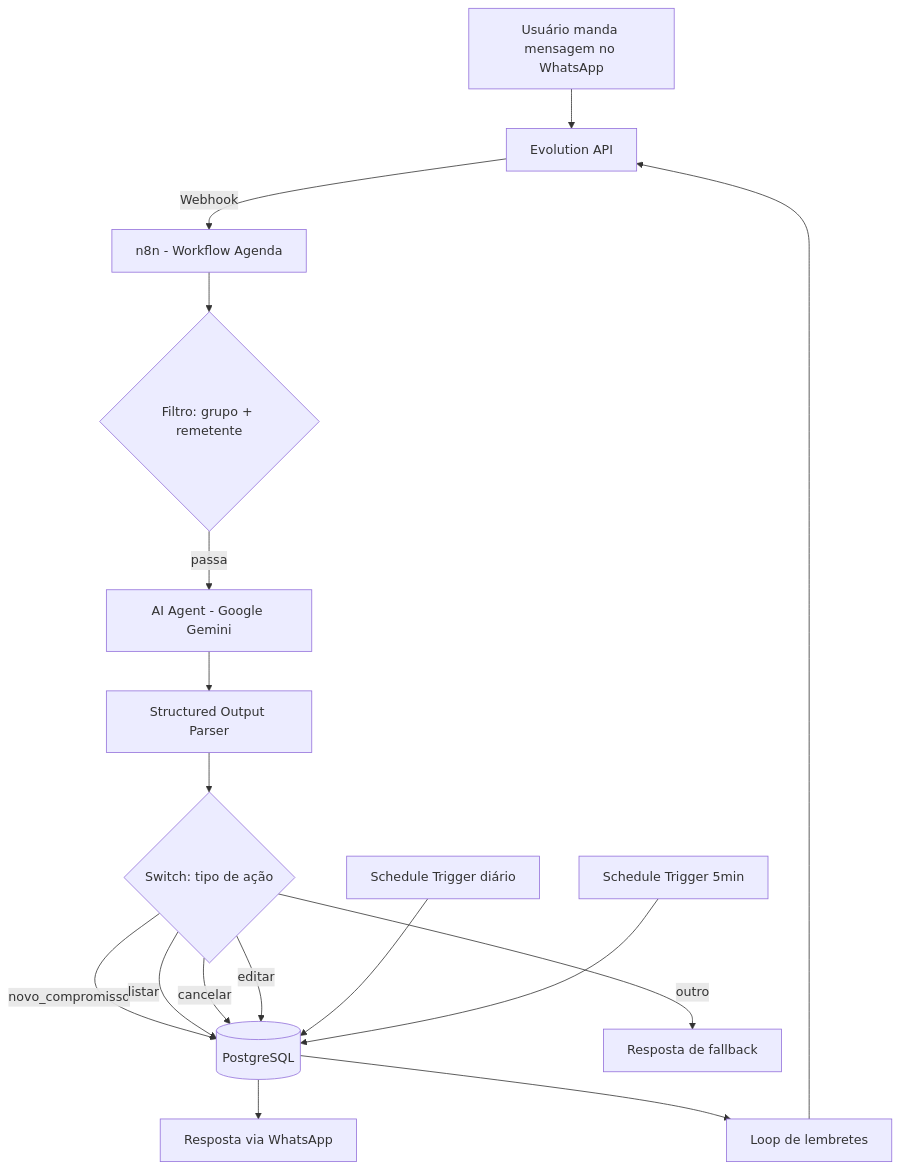
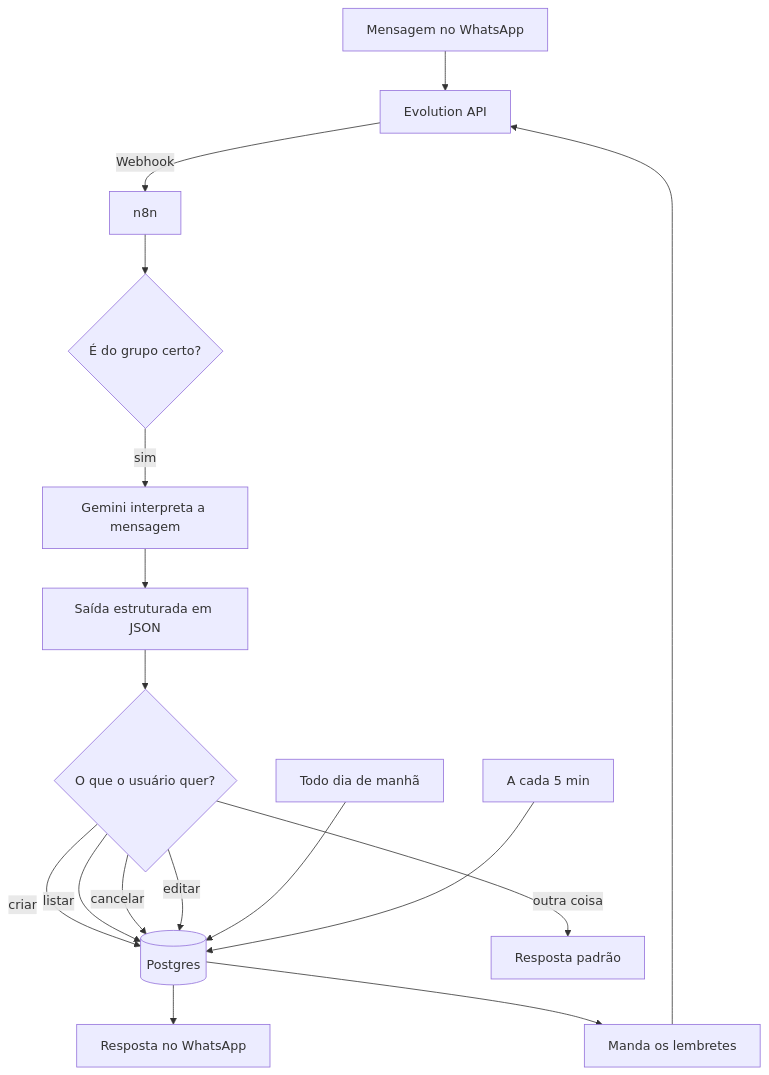
One commit to Edilsoonn/agenda-whatsapp changed the diagram in README.md. Above: the diagram before and after it, drawn with Mermaid. The commit also changed other lines of this file, not shown here.

````diff
--- a/README.md
+++ b/README.md
@@ -23,19 +23,19 @@
 ```mermaid
 flowchart TD
-    A[Usuário manda mensagem no WhatsApp] --> B[Evolution API]
-    B -->|Webhook| C[n8n - Workflow Agenda]
-    C --> D{Filtro: grupo + remetente}
-    D -->|passa| E[AI Agent - Google Gemini]
-    E --> F[Structured Output Parser]
-    F --> G{Switch: tipo de ação}
-    G -->|novo_compromisso| H[(PostgreSQL)]
+    A[Mensagem no WhatsApp] --> B[Evolution API]
+    B -->|Webhook| C[n8n]
+    C --> D{É do grupo certo?}
+    D -->|sim| E[Gemini interpreta a mensagem]
+    E --> F[Saída estruturada em JSON]
+    F --> G{O que o usuário quer?}
+    G -->|criar| H[(Postgres)]
     G -->|listar| H
     G -->|cancelar| H
     G -->|editar| H
-    G -->|outro| I[Resposta de fallback]
-    H --> J[Resposta via WhatsApp]
+    G -->|outra coisa| I[Resposta padrão]
+    H --> J[Resposta no WhatsApp]
 
-    K[Schedule Trigger diário] --> H
-    L[Schedule Trigger 5min] --> H
-    H --> M[Loop de lembretes] --> B
+    K[Todo dia de manhã] --> H
+    L[A cada 5 min] --> H
+    H --> M[Manda os lembretes] --> B
 ```
````
